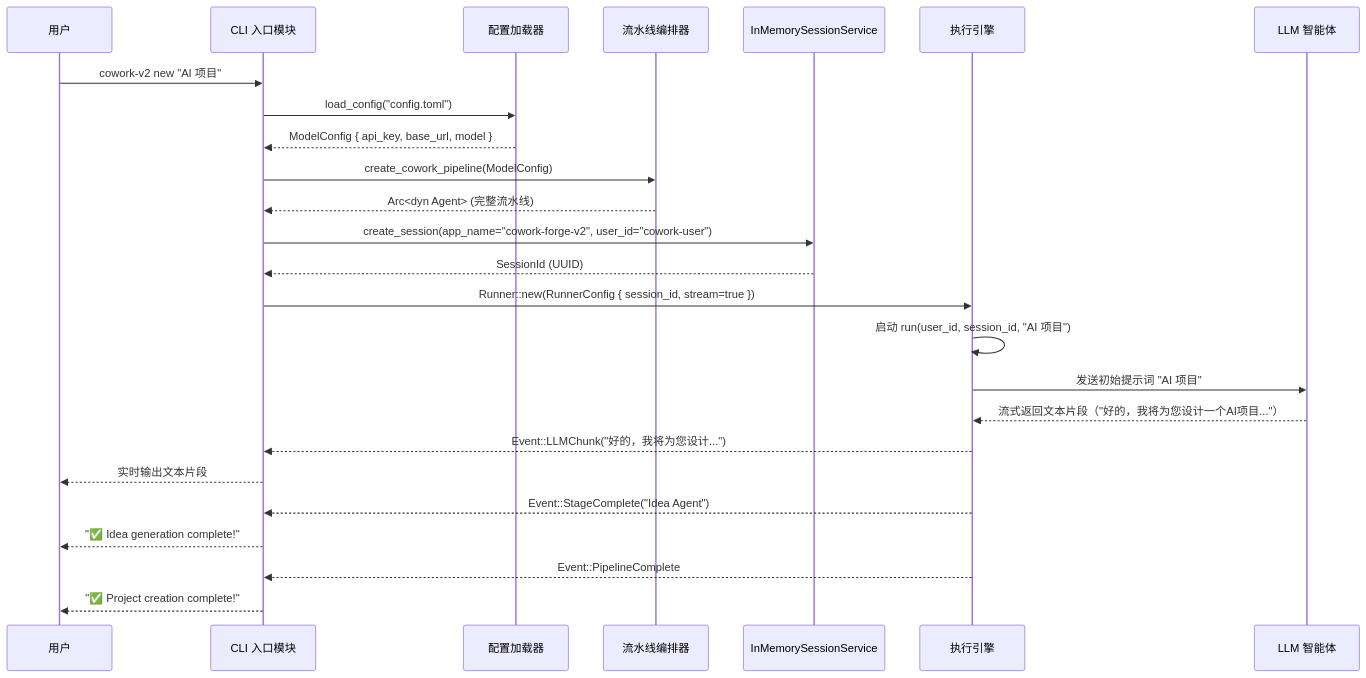
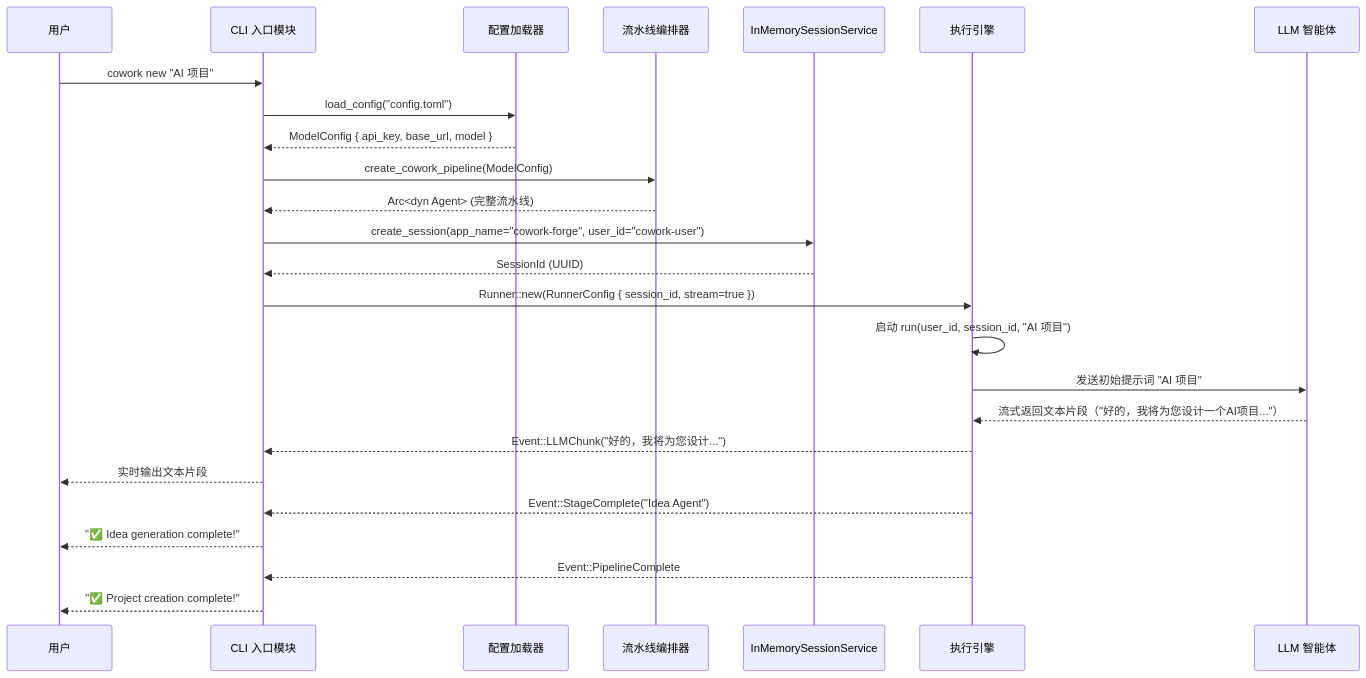
One commit to sopaco/cowork-forge changed the diagram in litho.docs/zh/4、深入探索/用户交互与入口层.md. Above: the diagram before and after it, drawn with Mermaid. The commit also changed other lines of this file and 8 other files, not shown here.

````diff
--- a/litho.docs/zh/4、深入探索/用户交互与入口层.md
+++ b/litho.docs/zh/4、深入探索/用户交互与入口层.md
@@ -69,28 +69,28 @@
 ```mermaid
 sequenceDiagram
     participant U as 用户
     participant CLI as CLI 入口模块
     participant Config as 配置加载器
     participant Pipeline as 流水线编排器
     participant Session as InMemorySessionService
     participant Runner as 执行引擎
     participant LLM as LLM 智能体
 
-    U->>CLI: cowork-v2 new "AI 项目"
+    U->>CLI: cowork new "AI 项目"
     CLI->>Config: load_config("config.toml")
     Config-->>CLI: ModelConfig { api_key, base_url, model }
     CLI->>Pipeline: create_cowork_pipeline(ModelConfig)
     Pipeline-->>CLI: Arc<dyn Agent> (完整流水线)
-    CLI->>Session: create_session(app_name="cowork-forge-v2", user_id="cowork-user")
+    CLI->>Session: create_session(app_name="cowork-forge", user_id="cowork-user")
     Session-->>CLI: SessionId (UUID)
     CLI->>Runner: Runner::new(RunnerConfig { session_id, stream=true })
     Runner->>Runner: 启动 run(user_id, session_id, "AI 项目")
     Runner->>LLM: 发送初始提示词 "AI 项目"
     LLM-->>Runner: 流式返回文本片段（"好的，我将为您设计一个AI项目..."）
     Runner-->>CLI: Event::LLMChunk("好的，我将为您设计...")
     CLI-->>U: 实时输出文本片段
     Runner-->>CLI: Event::StageComplete("Idea Agent")
     CLI-->>U: "✅ Idea generation complete!"
     Runner-->>CLI: Event::PipelineComplete
     CLI-->>U: "✅ Project creation complete!"
 ```
````
